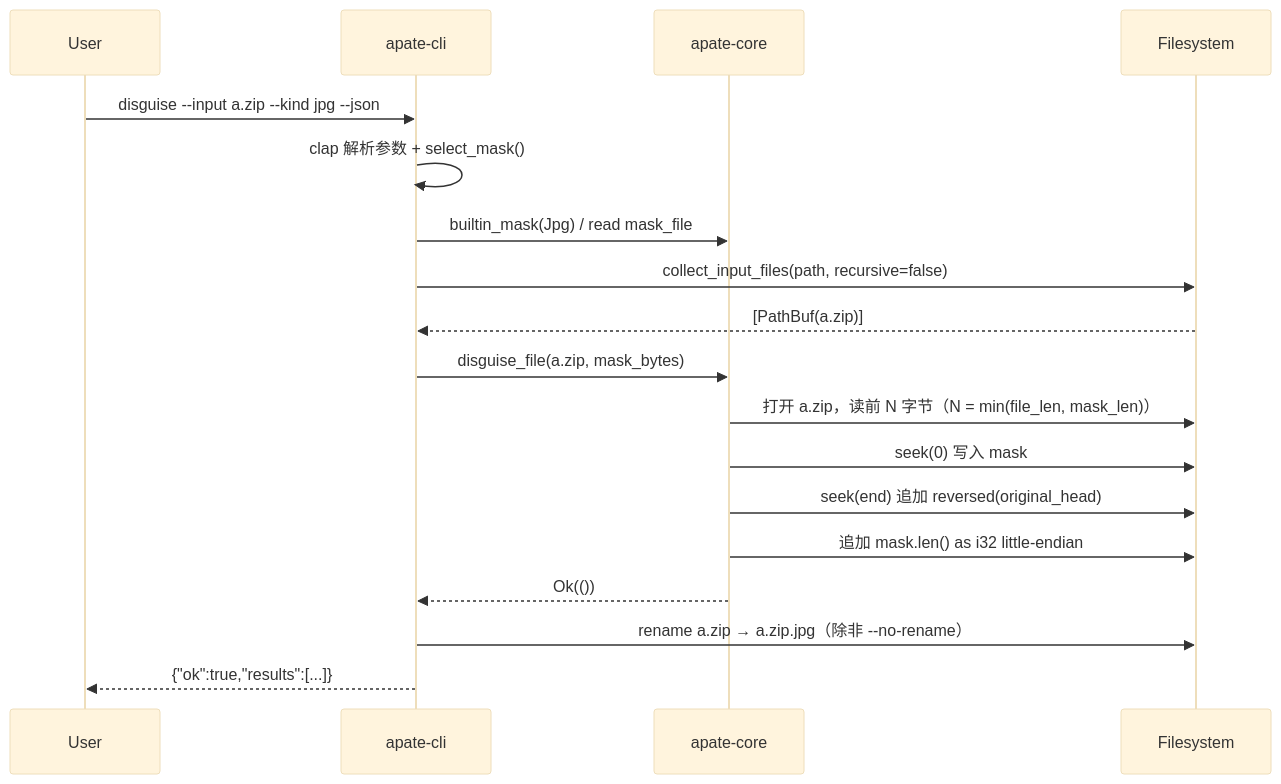
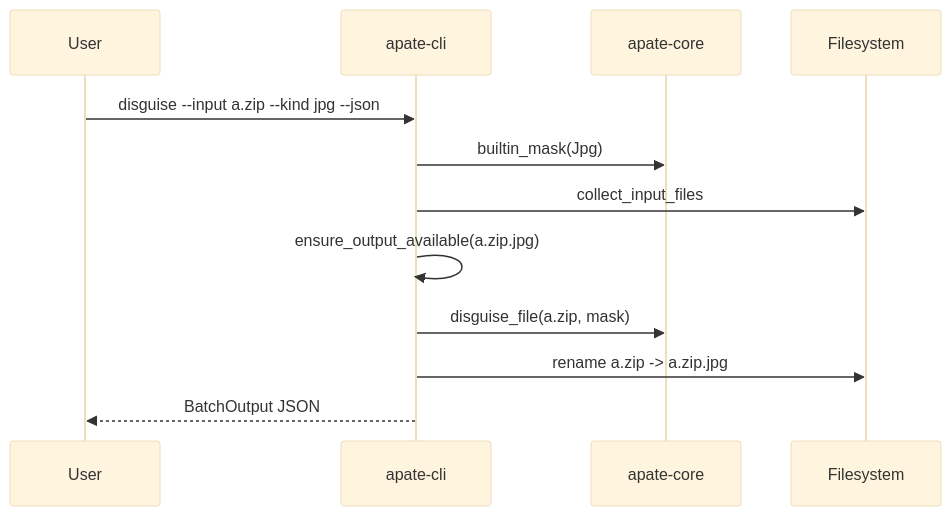
One commit to SakurajimMai/apate changed the second of 3 diagrams in docs/ARCHITECTURE.md. Above: the diagram before and after it, drawn with Mermaid (base theme). The commit also changed other lines of this file and 36 other files, not shown here.

````diff
--- a/docs/ARCHITECTURE.md
+++ b/docs/ARCHITECTURE.md
@@ -53,21 +68,15 @@
 ```mermaid
 sequenceDiagram
     participant U as User
     participant CLI as apate-cli
     participant CORE as apate-core
     participant FS as Filesystem
 
     U->>CLI: disguise --input a.zip --kind jpg --json
-    CLI->>CLI: clap 解析参数 + select_mask()
-    CLI->>CORE: builtin_mask(Jpg) / read mask_file
-    CLI->>FS: collect_input_files(path, recursive=false)
-    FS-->>CLI: [PathBuf(a.zip)]
-    CLI->>CORE: disguise_file(a.zip, mask_bytes)
-    CORE->>FS: 打开 a.zip，读前 N 字节（N = min(file_len, mask_len)）
-    CORE->>FS: seek(0) 写入 mask
-    CORE->>FS: seek(end) 追加 reversed(original_head)
-    CORE->>FS: 追加 mask.len() as i32 little-endian
-    CORE-->>CLI: Ok(())
-    CLI->>FS: rename a.zip → a.zip.jpg（除非 --no-rename）
-    CLI-->>U: {"ok":true,"results":[...]}
+    CLI->>CORE: builtin_mask(Jpg)
+    CLI->>FS: collect_input_files
+    CLI->>CLI: ensure_output_available(a.zip.jpg)
+    CLI->>CORE: disguise_file(a.zip, mask)
+    CLI->>FS: rename a.zip -> a.zip.jpg
+    CLI-->>U: BatchOutput JSON
 ```
````
